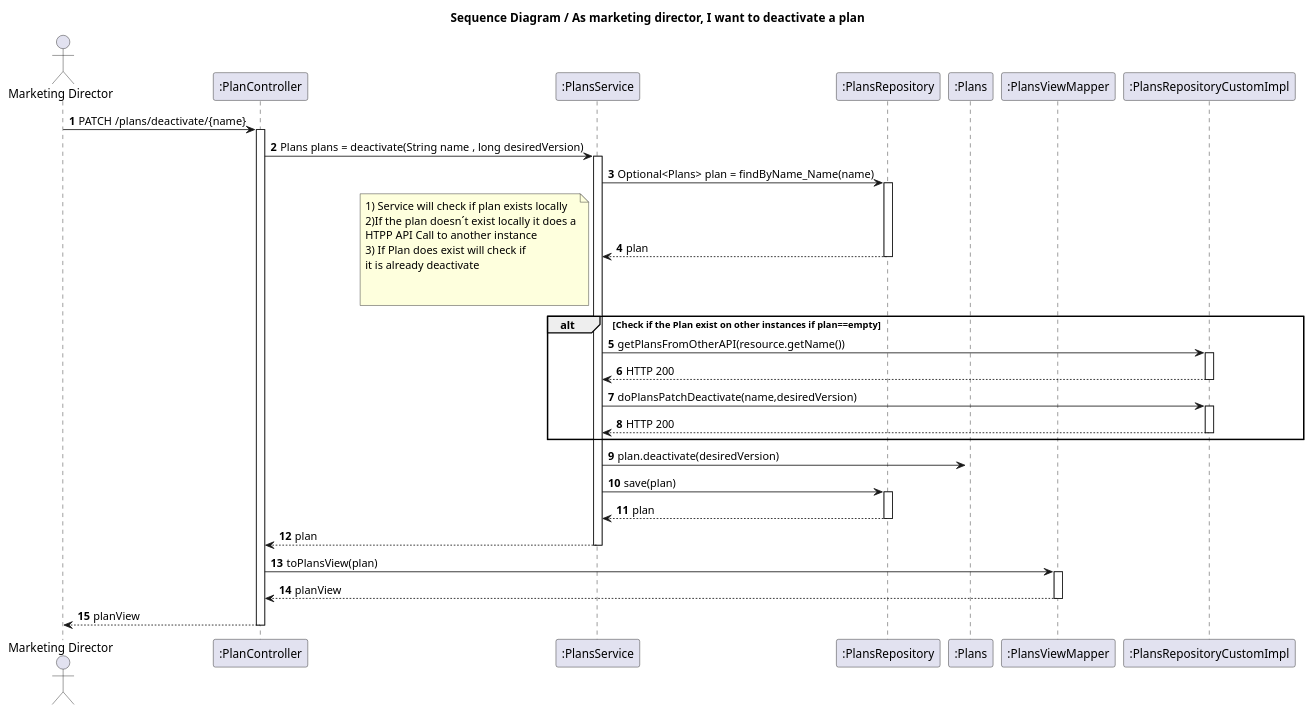
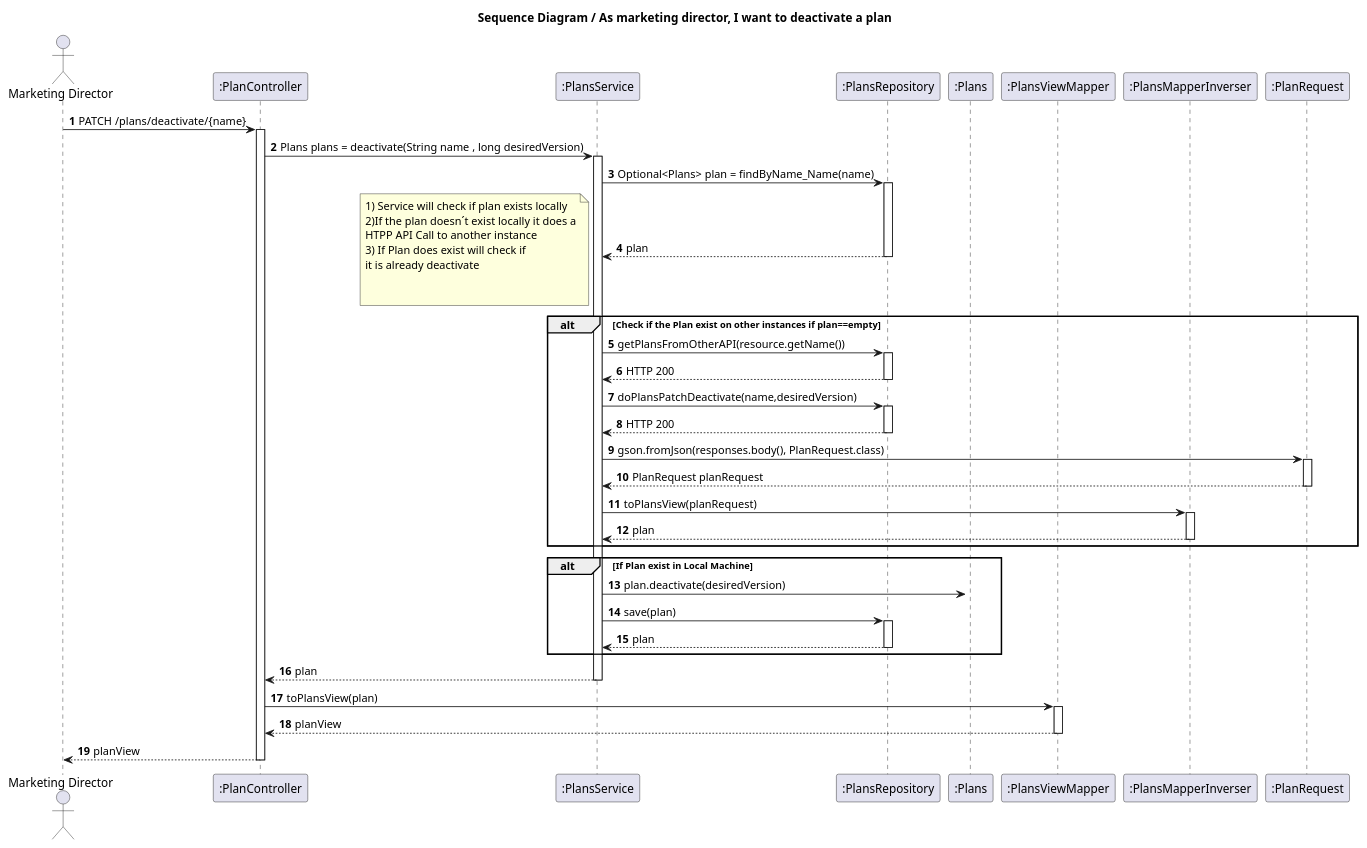
Before and after one commit to IsepMartimOliveira/SIDIS: the diagram in docs_sidis/Plans/WP#1A/US02/SD.puml, drawn with PlantUML. The commit also changed 7 other files, not shown here.

```diff
--- a/docs_sidis/Plans/WP#1A/US02/SD.puml
+++ b/docs_sidis/Plans/WP#1A/US02/SD.puml
@@ -1,51 +1,60 @@
 @startuml
 'https://plantuml.com/sequence-diagram
 autoactivate on
 autonumber
 title Sequence Diagram / As marketing director, I want to deactivate a plan
 
 autonumber
 
 actor "Marketing Director" as Ac
 participant ":PlanController" as Ctrl
 participant ":PlansService" as Serv
 participant ":PlansRepository" as Repo
 participant ":Plans" as Plans
 participant ":PlansViewMapper" as View
-participant ":PlansRepositoryCustomImpl" as RepoHTTP
+
+participant ":PlansMapperInverser" as ViewInverser
+participant ":PlanRequest" as Request
 
 
 Ac -> Ctrl : PATCH /plans/deactivate/{name}
 Ctrl -> Serv :Plans plans = deactivate(String name , long desiredVersion)
 Serv -> Repo :Optional<Plans> plan = findByName_Name(name)
 Repo --> Serv : plan
 note left
 1) Service will check if plan exists locally
 2)If the plan doesn´t exist locally it does a
 HTPP API Call to another instance
 3) If Plan does exist will check if
 it is already deactivate
 
 
 end note
 alt Check if the Plan exist on other instances if plan==empty
-Serv->RepoHTTP:getPlansFromOtherAPI(resource.getName())
-RepoHTTP-->Serv: HTTP 200
+Serv->Repo:getPlansFromOtherAPI(resource.getName())
+Repo-->Serv: HTTP 200
 
-Serv->RepoHTTP:doPlansPatchDeactivate(name,desiredVersion)
-RepoHTTP-->Serv: HTTP 200
+Serv->Repo:doPlansPatchDeactivate(name,desiredVersion)
+Repo-->Serv: HTTP 200
+Serv -> Request :  gson.fromJson(responses.body(), PlanRequest.class)
+Request-->Serv:PlanRequest planRequest
+Serv -> ViewInverser : toPlansView(planRequest)
+ViewInverser -->Serv: plan
 end
 
 deactivate Plans
+alt If Plan exist in Local Machine
+
 Serv -> Plans: plan.deactivate(desiredVersion)
 
 
 Serv -> Repo: save(plan)
 Repo --> Serv: plan
+end
 Serv --> Ctrl: plan
 Ctrl ->View: toPlansView(plan)
 View -->Ctrl: planView
 
 Ac <-- Ctrl : planView
 
 @enduml
```
